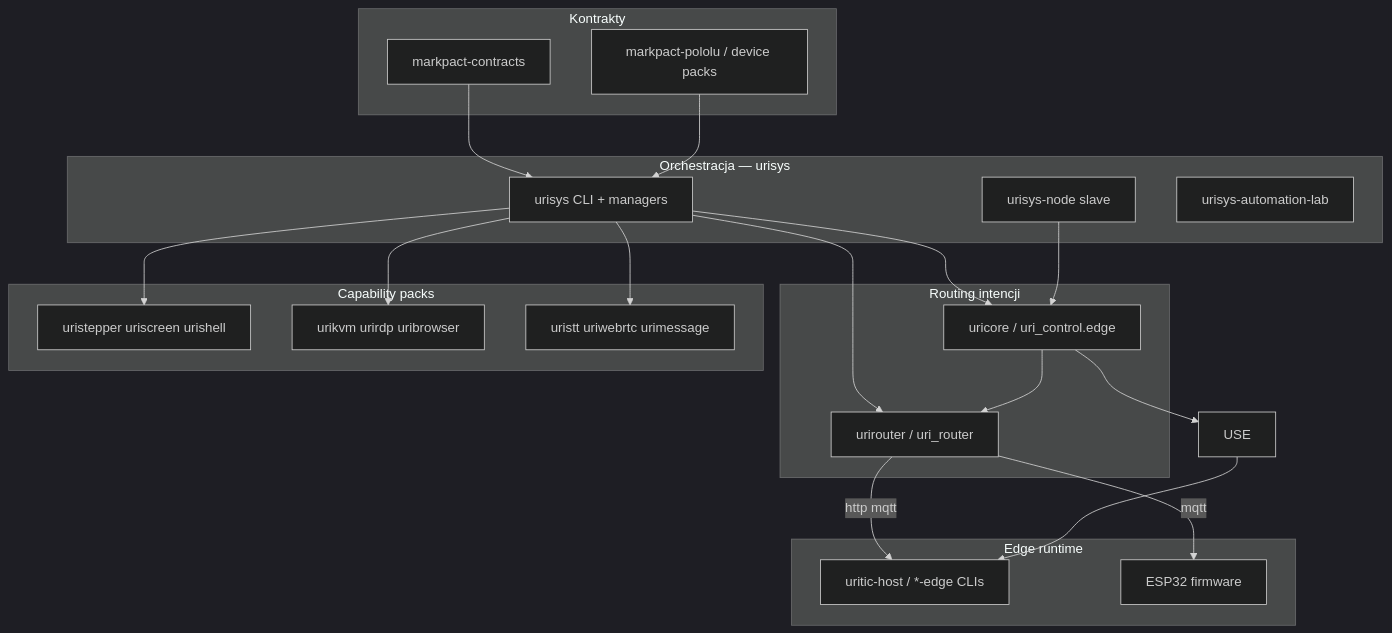
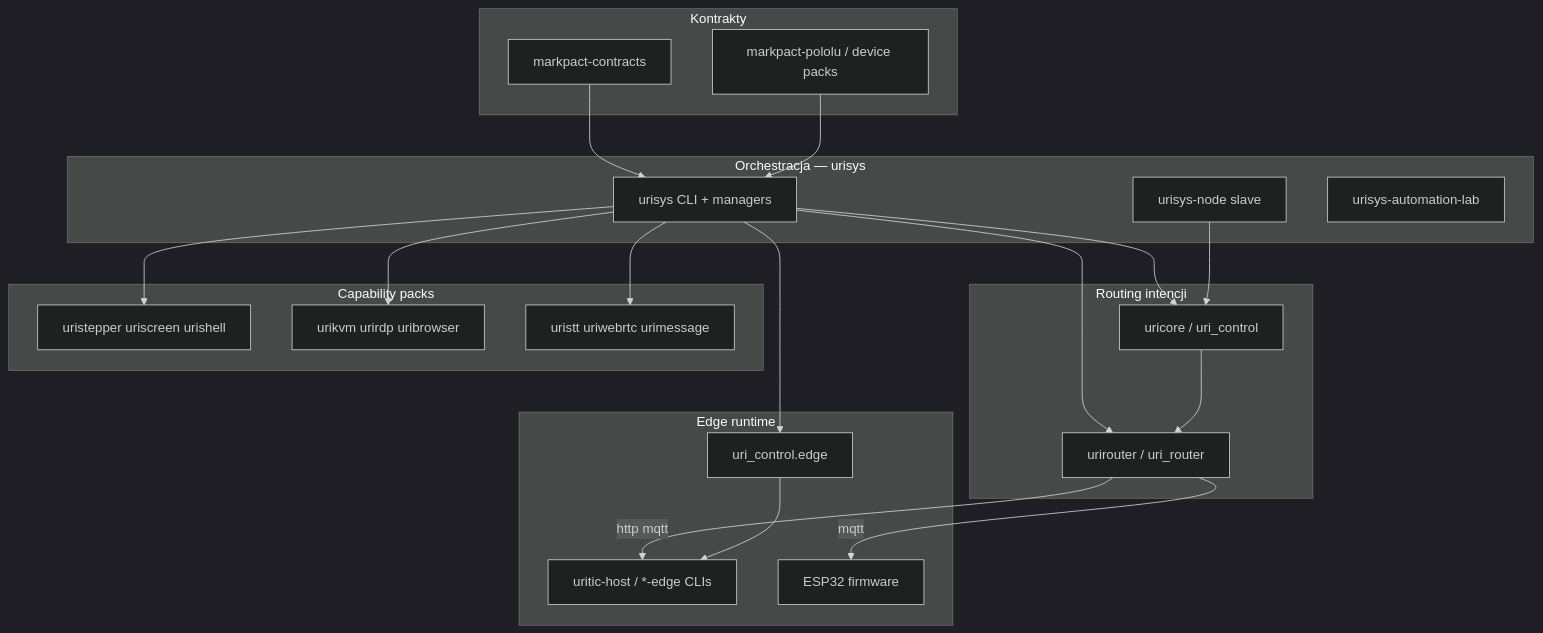
Before and after one commit to tellmesh/urisys: the first of 2 diagrams in docs/MESH.md, drawn with Mermaid (dark theme). The commit also changed other lines of this file and 6 other files, not shown here.

````diff
--- a/docs/MESH.md
+++ b/docs/MESH.md
@@ -7,44 +7,44 @@
 ```mermaid
 flowchart TB
   subgraph contracts [Kontrakty]
     MC[markpact-contracts]
     MP[markpact-pololu / device packs]
   end
 
   subgraph orchestration [Orchestracja — urisys]
     US[urisys CLI + managers]
     USN[urisys-node slave]
     LAB[urisys-automation-lab]
   end
 
   subgraph routing [Routing intencji]
     UR[urirouter / uri_router]
     UC[uricore / uri_control]
   end
 
   subgraph edge [Edge runtime]
-    UC[uricore / uri_control.edge]
+    EDGE[uri_control.edge]
     HOST[uritic-host / *-edge CLIs]
     FW[ESP32 firmware]
   end
 
   subgraph packs [Capability packs]
     P1[uristepper uriscreen urishell]
     P2[urikvm urirdp uribrowser]
     P3[uristt uriwebrtc urimessage]
   end
 
   MC --> US
   MP --> US
   US --> UC
   US --> UR
   UC --> UR
   UR -->|http mqtt| HOST
   UR -->|mqtt| FW
-  UC --> USE
-  USE --> HOST
+  EDGE --> HOST
+  US --> EDGE
   US --> P1
   US --> P2
   US --> P3
   USN --> UC
 ```
````
